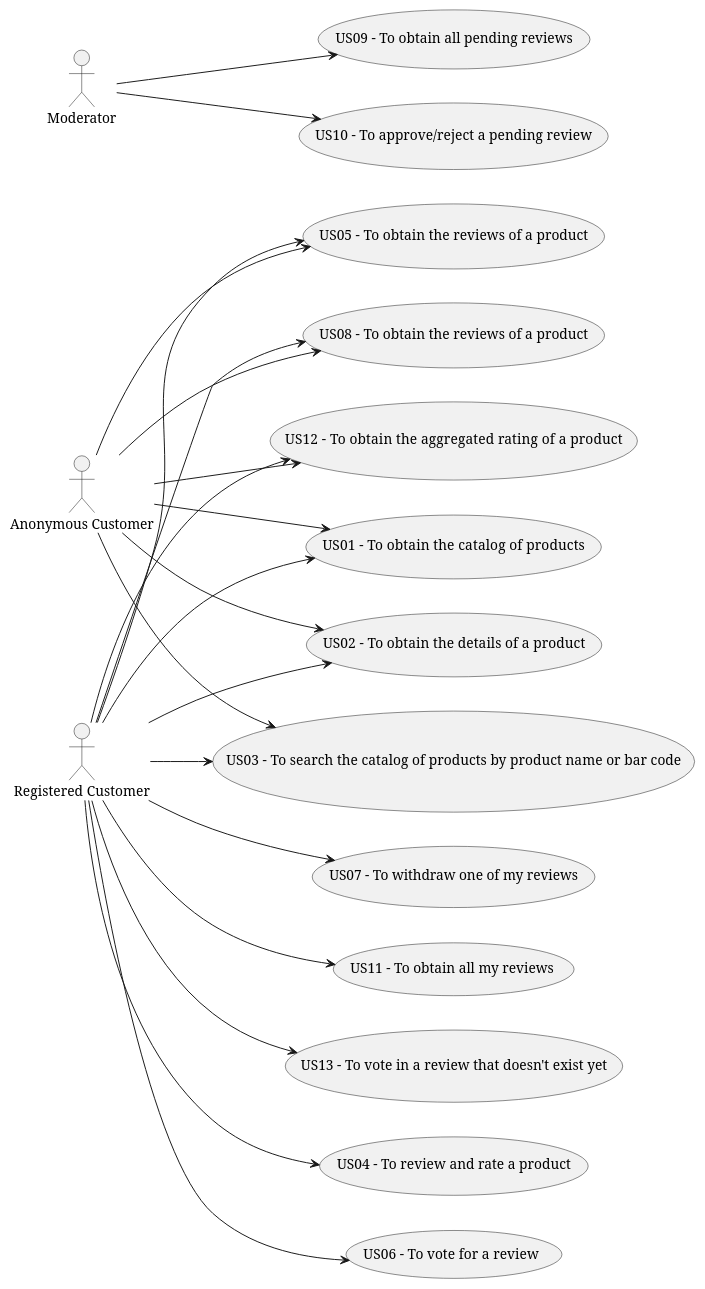
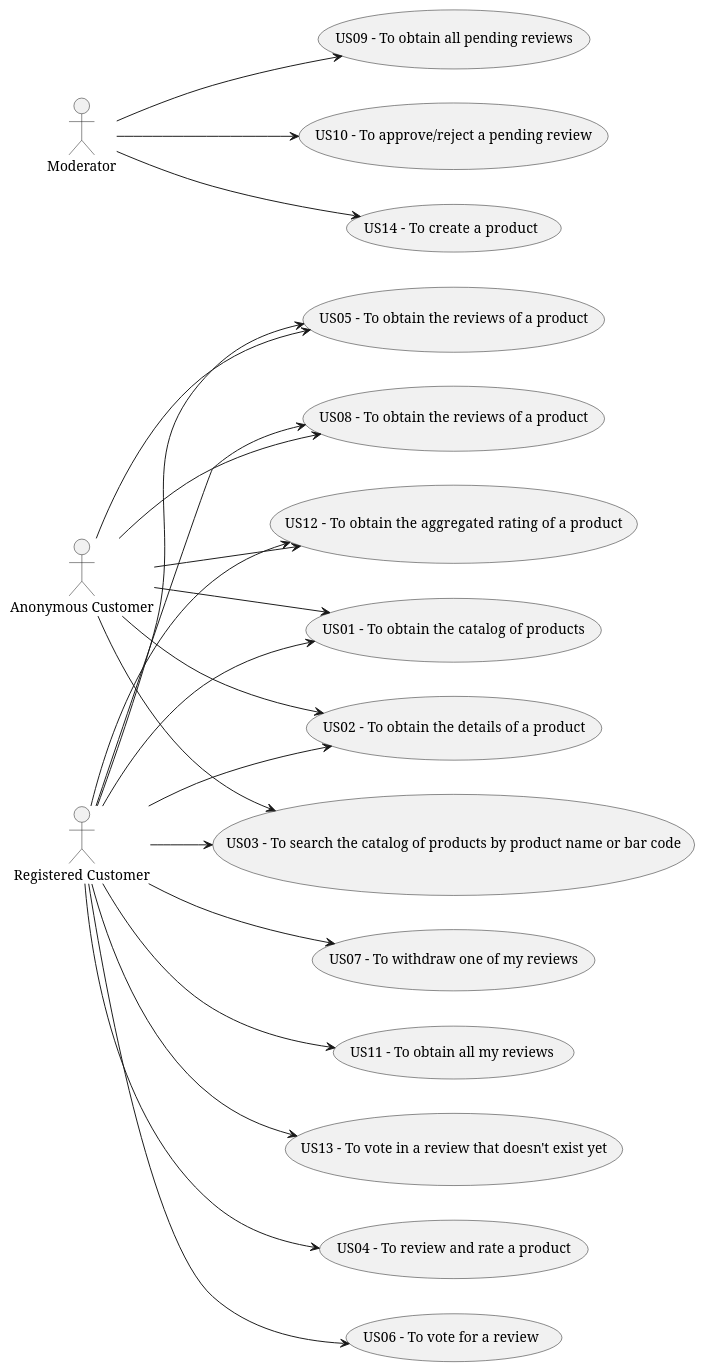
The diagram in Docs/UCD.puml (TiagoNora/SIDIS-Docs), drawn with PlantUML before and after one commit. The commit also changed 5 other files, not shown here.

```diff
--- a/Docs/UCD.puml
+++ b/Docs/UCD.puml
@@ -1,61 +1,63 @@
 @startuml
 'https://plantuml.com/use-case-diagram
 
 left to right direction
 
 
 :Anonymous Customer: as aCostumer
 :Registered Customer: as rCostumer
 :Moderator: as moderator
 
 
 (US01  - To obtain the catalog of products) as US01
 (US02  - To obtain the details of a product) as US02
 (US03  - To search the catalog of products by product name or bar code) as US03
 (US04  - To review and rate a product) as US04
 (US05  - To obtain the reviews of a product) as US05
 (US06  - To vote for a review) as US06
 (US07  - To withdraw one of my reviews) as US07
 (US08  - To obtain the reviews of a product) as US08
 (US09  - To obtain all pending reviews) as US09
 (US10  - To approve/reject a pending review) as US10
 (US11  - To obtain all my reviews) as US11
 (US12  - To obtain the aggregated rating of a product) as US12
 (US13  - To vote in a review that doesn't exist yet) as US13
+(US14  - To create a product) as US14
 
 'package 1'
 aCostumer --> US01
 aCostumer --> US02
 aCostumer --> US03
 
 rCostumer --> US01
 rCostumer --> US02
 rCostumer --> US03
 
 'package 2'
 rCostumer --> US04
 rCostumer --> US05
 aCostumer --> US05
 
 'package 3'
 rCostumer --> US06
 rCostumer --> US07
 rCostumer --> US08
 aCostumer --> US08
 
 'package 4'
 moderator --> US09
 moderator --> US10
 rCostumer --> US11
 
 'package 5'
 aCostumer --> US12
 rCostumer --> US12
 
 rCostumer --> US13
+moderator --> US14
 
 
 
 
 
 @enduml
```
